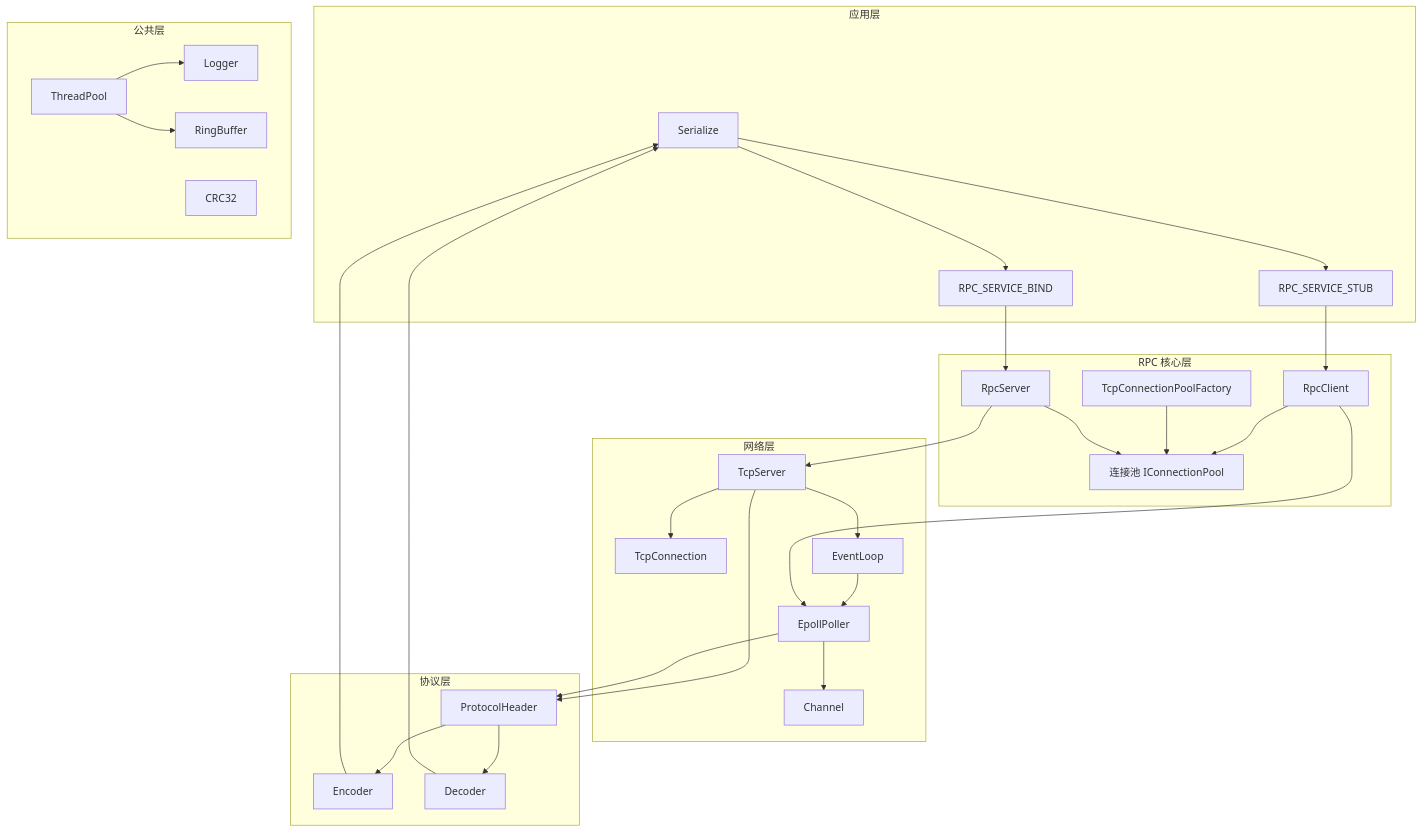
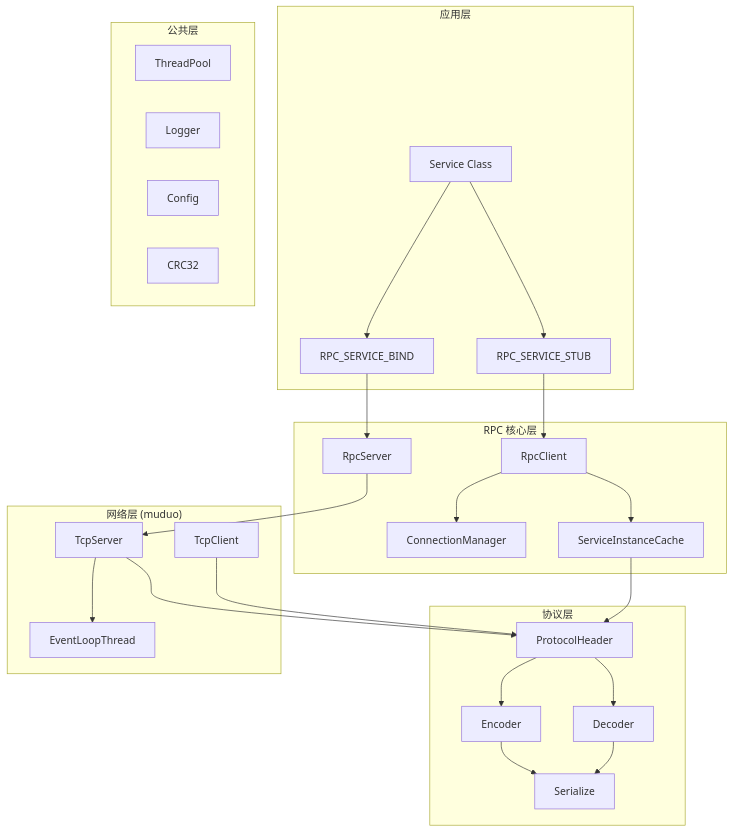
One commit to desyang-hub/mini-rpc changed the first of 3 diagrams in docs/zh/guide/architecture.md. Above: the diagram before and after it, drawn with Mermaid. The commit also changed other lines of this file and 17 other files, not shown here.

````diff
--- a/docs/zh/guide/architecture.md
+++ b/docs/zh/guide/architecture.md
@@ -7,59 +7,51 @@
 ```mermaid
 graph TB
     subgraph Application["应用层"]
         S[Service Class]
         M1[RPC_SERVICE_BIND]
         M2[RPC_SERVICE_STUB]
         S --> M1
         S --> M2
     end
 
     subgraph Core["RPC 核心层"]
         RS[RpcServer]
         RC[RpcClient]
-        CP[连接池 IConnectionPool]
-        CPF[TcpConnectionPoolFactory]
-        RC --> CP
-        CPF --> CP
-        RS --> CP
+        CM[ConnectionManager]
+        SIC[ServiceInstanceCache]
+        RC --> CM
+        RC --> SIC
     end
 
-    subgraph Net["网络层"]
+    subgraph Net["网络层 (muduo)"]
         TS[TcpServer]
-        TC[TcpConnection]
-        EL[EventLoop]
-        EP[EpollPoller]
-        CH[Channel]
-        TS --> TC
+        TC[TcpClient]
+        EL[EventLoopThread]
         TS --> EL
-        EL --> EP
-        EP --> CH
     end
 
     subgraph Protocol["协议层"]
         P[ProtocolHeader]
         E[Encoder]
         D[Decoder]
-        S[Serialize]
+        S2[Serialize]
         P --> E
         P --> D
-        E --> S
-        D --> S
+        E --> S2
+        D --> S2
     end
 
     subgraph Common["公共层"]
         TP[ThreadPool]
         LG[Logger]
-        BR[RingBuffer]
+        CF[Config]
         CR[CRC32]
     end
 
     M1 --> RS
     M2 --> RC
     RS --> TS
-    RC --> EP
     TS --> P
-    EP --> P
-    TP --> LG
-    TP --> BR
+    TC --> P
+    SIC --> P
 ```
````
